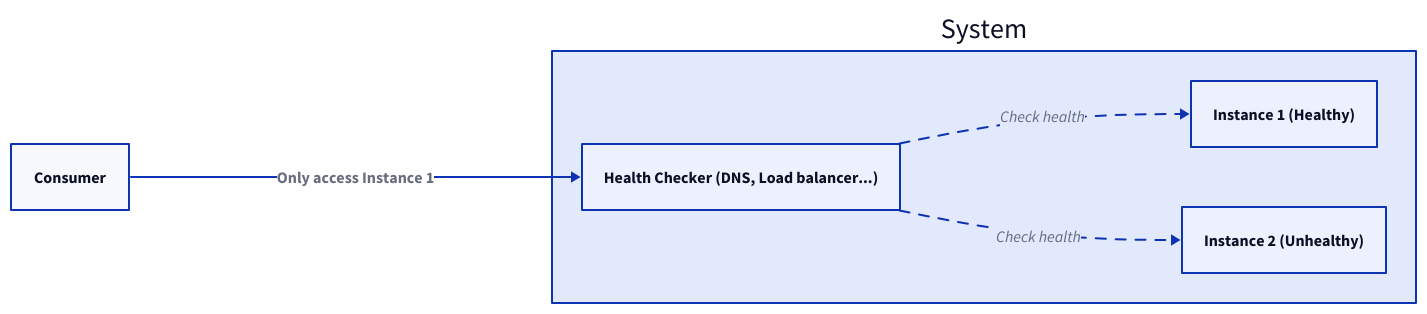
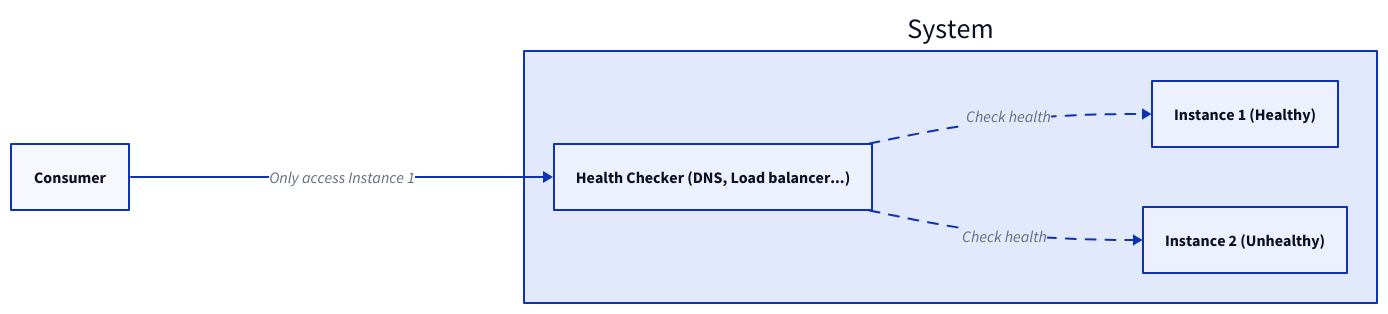
The fourth of 14 diagrams in content/docs/web-service/service-cluster.md (link1905/system-design-101), drawn with D2 before and after one commit. The commit also changed other lines of this file and 14 other files, not shown here.

````diff
--- a/content/docs/web-service/service-cluster.md
+++ b/content/docs/web-service/service-cluster.md
@@ -97,27 +99,27 @@
 ```d2
 direction: right
 s: System {
   s1: Instance 1 (Healthy) {
     class: server
   }
   s2: Instance 2 (Unhealthy) {
     class: generic-error
   }
   c: Health Checker (DNS, Load balancer...) {
     class: checker
   }
   c -> s1: Check health {
    style.animated: true
   }
   c -> s2: Check health {
     class: error-conn
    style.animated: true
   }
 }
 client: Consumer {
   class: client
 }
 client -> s.c: Only access Instance 1 {
-    style.bold: true
+    class: bold-text
 }
 ```
````
